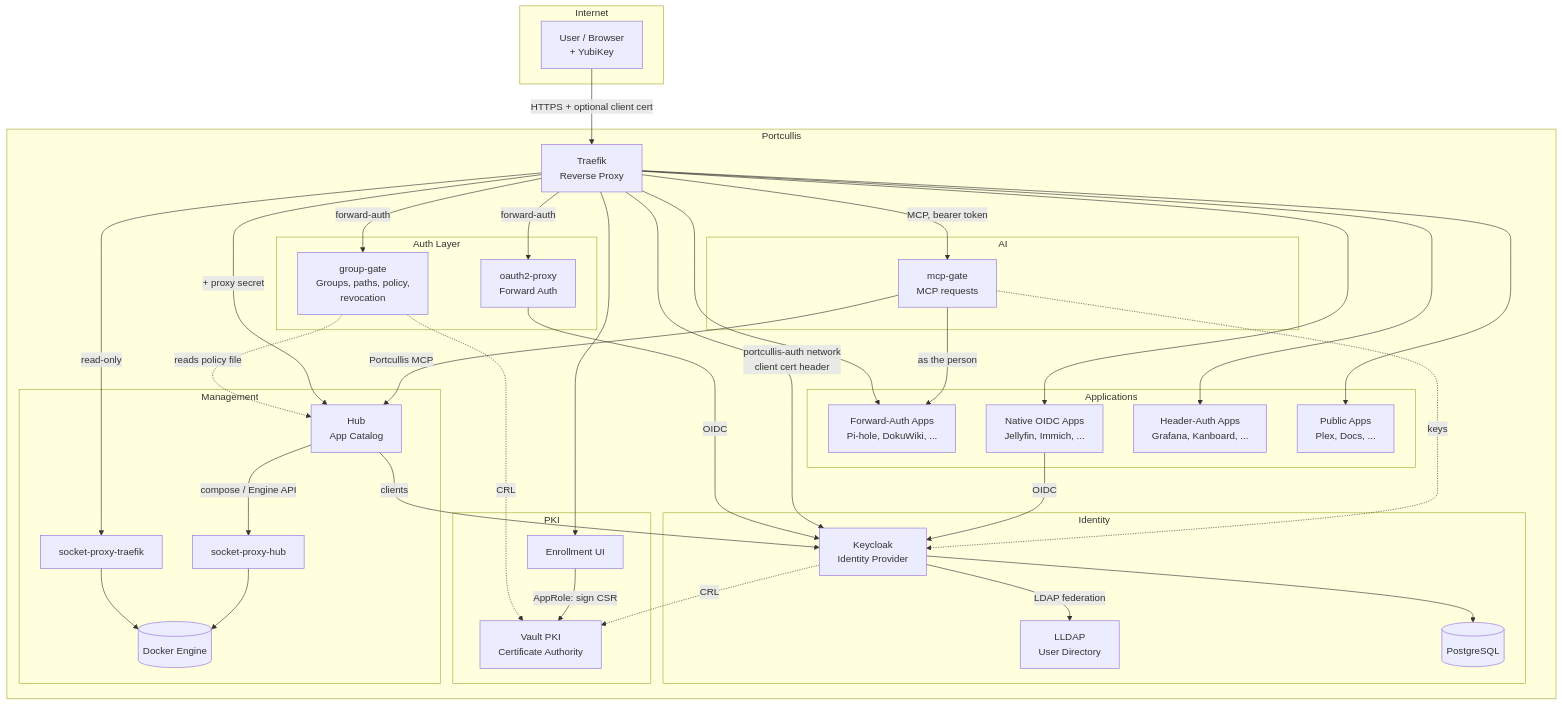
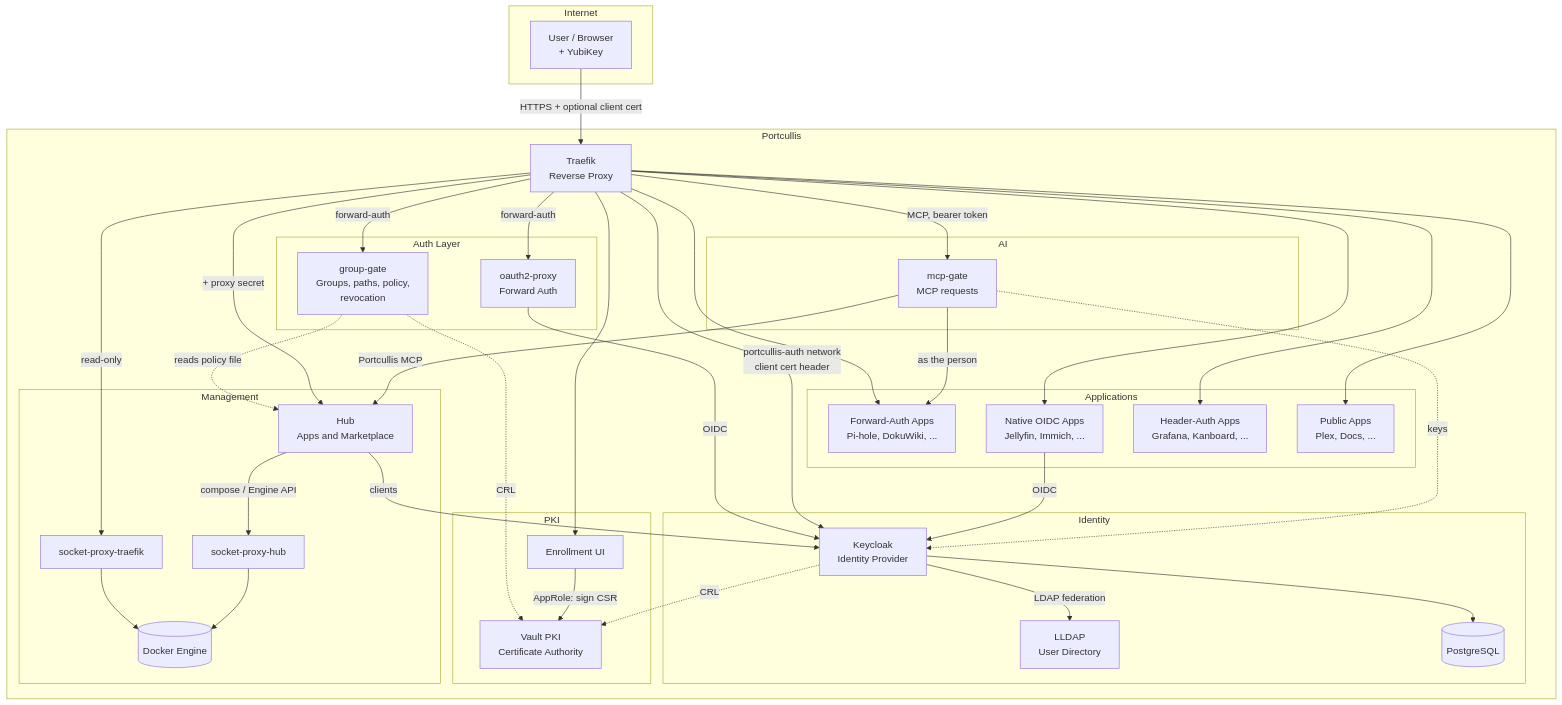
One commit to porelli/portcullis-docs changed the first of 12 diagrams in docs/architecture.md. Above: the diagram before and after it, drawn with Mermaid. The commit also changed 1 other file, not shown here.

Commit message:
docs: the last old UI names (Template sources in the Marketplace; architecture diagram)

````diff
--- a/docs/architecture.md
+++ b/docs/architecture.md
@@ -7,78 +7,78 @@
 ```mermaid
 graph TB
     subgraph Internet
         User[User / Browser<br/>+ YubiKey]
     end
 
     subgraph Portcullis
         Traefik[Traefik<br/>Reverse Proxy]
 
         subgraph Auth Layer
             OAuth2[oauth2-proxy<br/>Forward Auth]
             GroupGate[group-gate<br/>Groups, paths, policy,<br/>revocation]
         end
 
         subgraph Identity
             Keycloak[Keycloak<br/>Identity Provider]
             LLDAP[LLDAP<br/>User Directory]
             Postgres[(PostgreSQL)]
         end
 
         subgraph PKI
             Vault[Vault PKI<br/>Certificate Authority]
             Enroll[Enrollment UI]
         end
 
         subgraph AI
             MCPGate[mcp-gate<br/>MCP requests]
         end
 
         subgraph Management
-            Hub[Hub<br/>App Catalog]
+            Hub[Hub<br/>Apps and Marketplace]
             SPH[socket-proxy-hub]
             SPT[socket-proxy-traefik]
             Docker[(Docker Engine)]
         end
 
         subgraph Applications
             AppFA[Forward-Auth Apps<br/>Pi-hole, DokuWiki, ...]
             AppOIDC[Native OIDC Apps<br/>Jellyfin, Immich, ...]
             AppHeader[Header-Auth Apps<br/>Grafana, Kanboard, ...]
             AppPublic[Public Apps<br/>Plex, Docs, ...]
         end
     end
 
     User -->|HTTPS + optional client cert| Traefik
 
     Traefik -->|forward-auth| OAuth2
     OAuth2 -->|OIDC| Keycloak
     Traefik -->|forward-auth| GroupGate
     GroupGate -.->|CRL| Vault
     GroupGate -.->|reads policy file| Hub
     Traefik -->|portcullis-auth network<br/>client cert header| Keycloak
 
     Traefik --> AppFA
     Traefik --> AppOIDC
     Traefik --> AppHeader
     Traefik --> AppPublic
     Traefik -->|+ proxy secret| Hub
     Traefik --> Enroll
 
     AppOIDC -->|OIDC| Keycloak
 
     Keycloak -->|LDAP federation| LLDAP
     Keycloak --> Postgres
     Keycloak -.->|CRL| Vault
     Enroll -->|AppRole: sign CSR| Vault
 
     Traefik -->|read-only| SPT
     Hub -->|compose / Engine API| SPH
     SPT --> Docker
     SPH --> Docker
     Hub -->|clients| Keycloak
 
     Traefik -->|MCP, bearer token| MCPGate
     MCPGate -.->|keys| Keycloak
     MCPGate -->|as the person| AppFA
     MCPGate -->|Portcullis MCP| Hub
 ```
````
